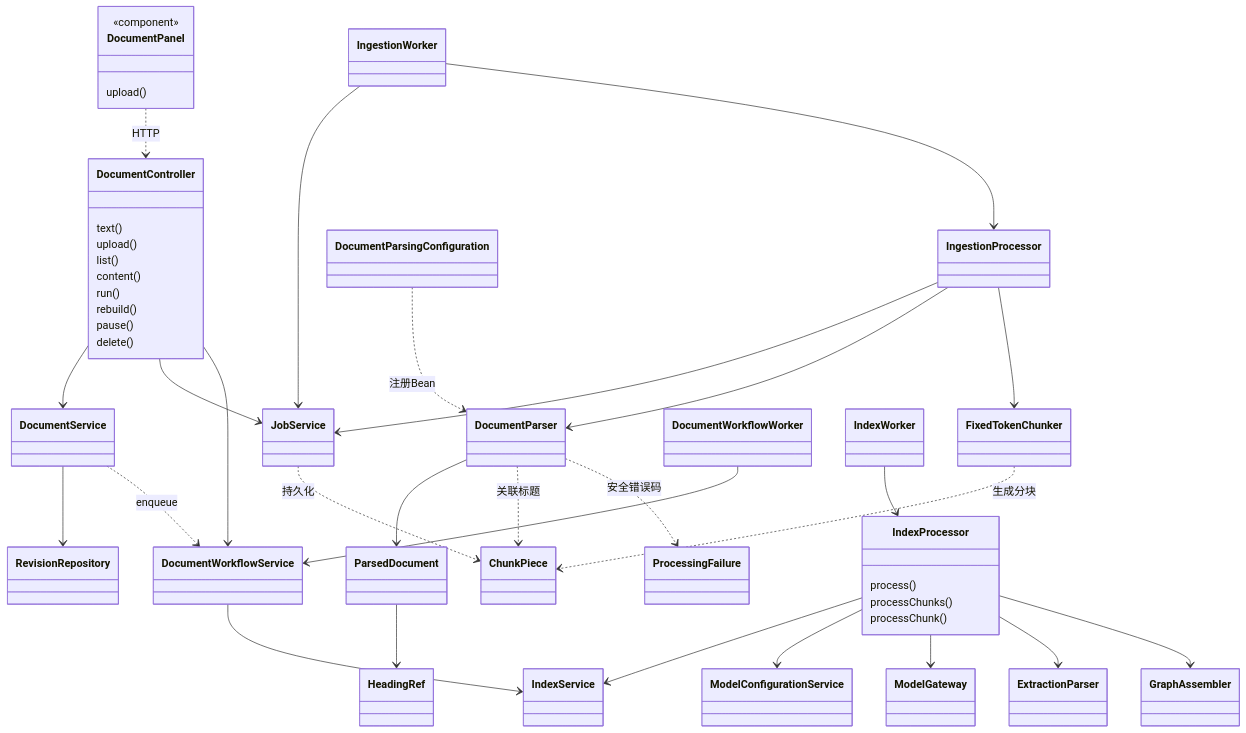
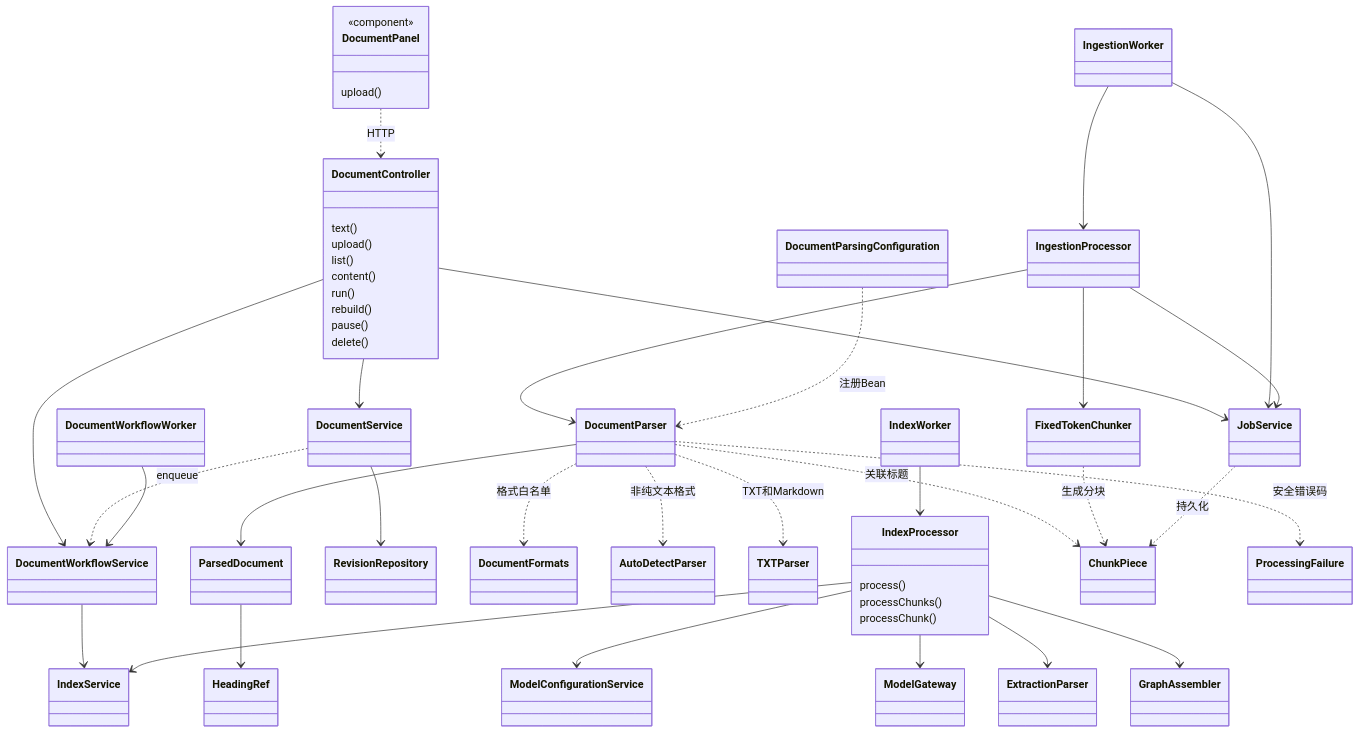
The first of 2 diagrams in docs/文档管理实现.md (czhcc/TjLightRAG), drawn with Mermaid before and after one commit. The commit also changed other lines of this file and 20 other files, not shown here.

````diff
--- a/docs/文档管理实现.md
+++ b/docs/文档管理实现.md
@@ -22,48 +22,51 @@
 ```mermaid
 classDiagram
     class DocumentPanel {
       <<component>>
       upload()
     }
     class DocumentController {
       text()
       upload()
       list()
       content()
       run()
       rebuild()
       pause()
       delete()
     }
     class IndexProcessor {
       process()
       processChunks()
       processChunk()
     }
     DocumentPanel ..> DocumentController : HTTP
     DocumentController --> DocumentService
     DocumentController --> JobService
     DocumentController --> DocumentWorkflowService
     DocumentService --> RevisionRepository
     DocumentService ..> DocumentWorkflowService : enqueue
     IngestionWorker --> JobService
     IngestionWorker --> IngestionProcessor
     IngestionProcessor --> JobService
     IngestionProcessor --> DocumentParser
     IngestionProcessor --> FixedTokenChunker
     DocumentParsingConfiguration ..> DocumentParser : 注册Bean
+    DocumentParser ..> DocumentFormats : 格式白名单
+    DocumentParser ..> AutoDetectParser : 非纯文本格式
+    DocumentParser ..> TXTParser : TXT和Markdown
     DocumentParser --> ParsedDocument
     ParsedDocument --> HeadingRef
     DocumentParser ..> ChunkPiece : 关联标题
     DocumentParser ..> ProcessingFailure : 安全错误码
     FixedTokenChunker ..> ChunkPiece : 生成分块
     JobService ..> ChunkPiece : 持久化
     DocumentWorkflowWorker --> DocumentWorkflowService
     DocumentWorkflowService --> IndexService
     IndexWorker --> IndexProcessor
     IndexProcessor --> IndexService
     IndexProcessor --> ModelConfigurationService
     IndexProcessor --> ModelGateway
     IndexProcessor --> ExtractionParser
     IndexProcessor --> GraphAssembler
 ```
````
